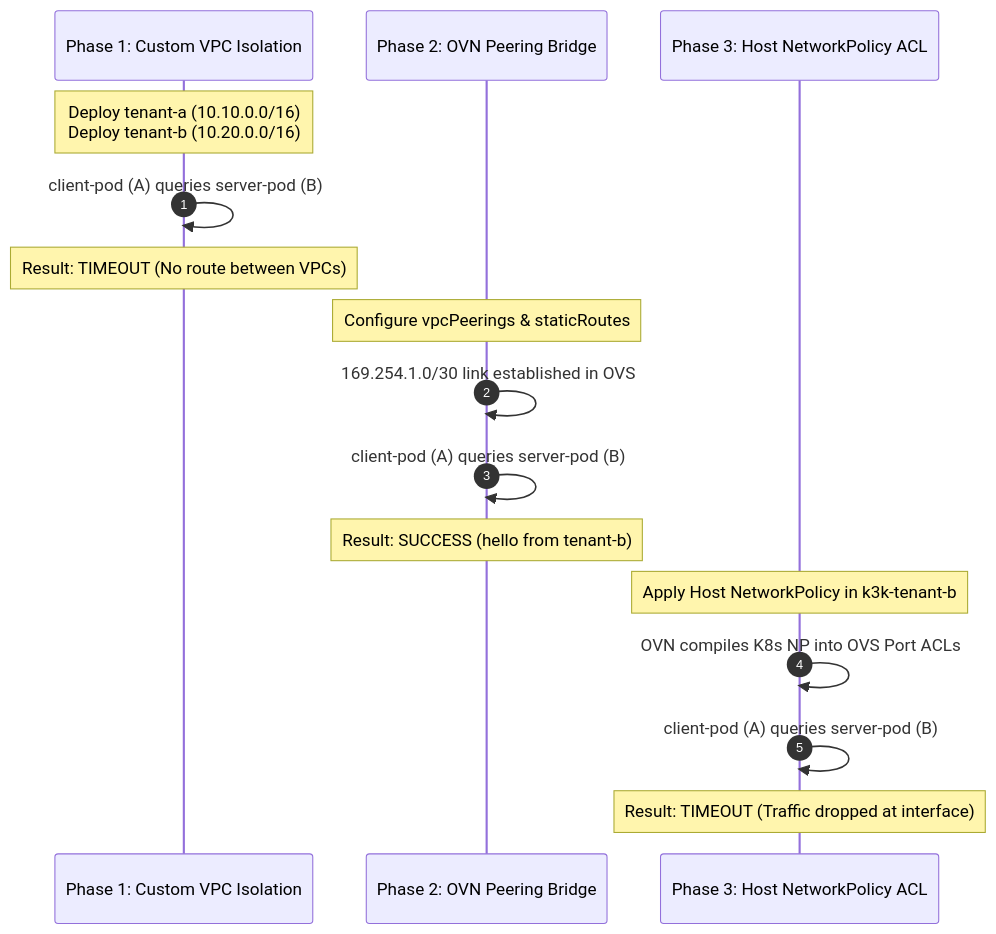
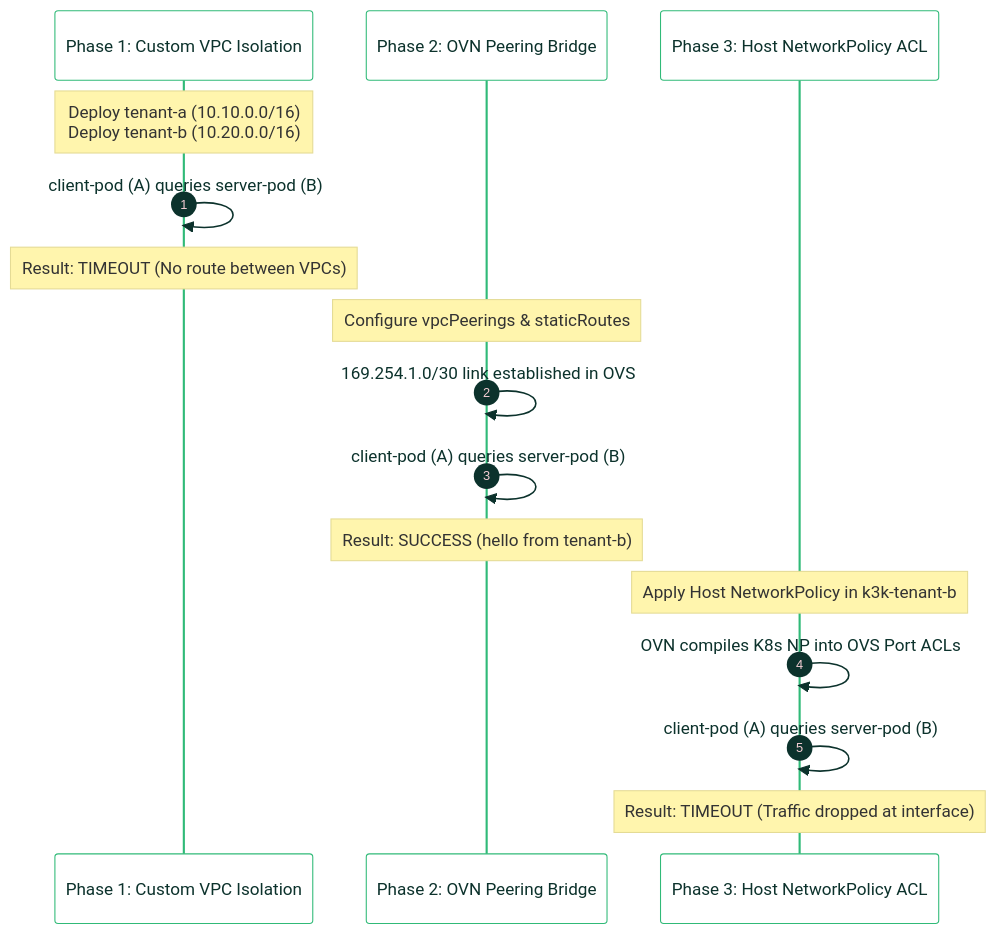
The second of 2 diagrams in docs/vpc-peering-networkpolicy-demo.md (coulof/k3k-kube-ovn), drawn with Mermaid before and after one commit. The commit also changed other lines of this file and 2 other files, not shown here.

Commit message:
style(docs): apply SUSE corporate branding to all Mermaid diagrams

````diff
--- a/docs/vpc-peering-networkpolicy-demo.md
+++ b/docs/vpc-peering-networkpolicy-demo.md
@@ -67,21 +89,40 @@
 ```mermaid
+%%{init: {
+  'theme': 'base',
+  'themeVariables': {
+    'fontFamily': 'SUSE, sans-serif',
+    'fontSize': '14px',
+    'primaryColor': '#30ba78',
+    'primaryTextColor': '#0c322c',
+    'primaryBorderColor': '#30ba78',
+    'lineColor': '#0c322c',
+    'secondaryColor': '#0c322c',
+    'tertiaryColor': '#90ebcd',
+    'mainBkg': '#ffffff',
+    'nodeBorder': '#0c322c',
+    'clusterBkg': '#efefef',
+    'clusterBorder': '#90ebcd',
+    'titleColor': '#0c322c',
+    'edgeLabelBackground':'#ffffff'
+  }
+} }%%
 sequenceDiagram
     autonumber
     participant Step1 as Phase 1: Custom VPC Isolation
     participant Step2 as Phase 2: OVN Peering Bridge
     participant Step3 as Phase 3: Host NetworkPolicy ACL
 
     Note over Step1: Deploy tenant-a (10.10.0.0/16)<br/>Deploy tenant-b (10.20.0.0/16)
     Step1->>Step1: client-pod (A) queries server-pod (B)
     Note over Step1: Result: TIMEOUT (No route between VPCs)
 
     Note over Step2: Configure vpcPeerings & staticRoutes
     Step2->>Step2: 169.254.1.0/30 link established in OVS
     Step2->>Step2: client-pod (A) queries server-pod (B)
     Note over Step2: Result: SUCCESS (hello from tenant-b)
 
     Note over Step3: Apply Host NetworkPolicy in k3k-tenant-b
     Step3->>Step3: OVN compiles K8s NP into OVS Port ACLs
     Step3->>Step3: client-pod (A) queries server-pod (B)
     Note over Step3: Result: TIMEOUT (Traffic dropped at interface)
 ```
````
